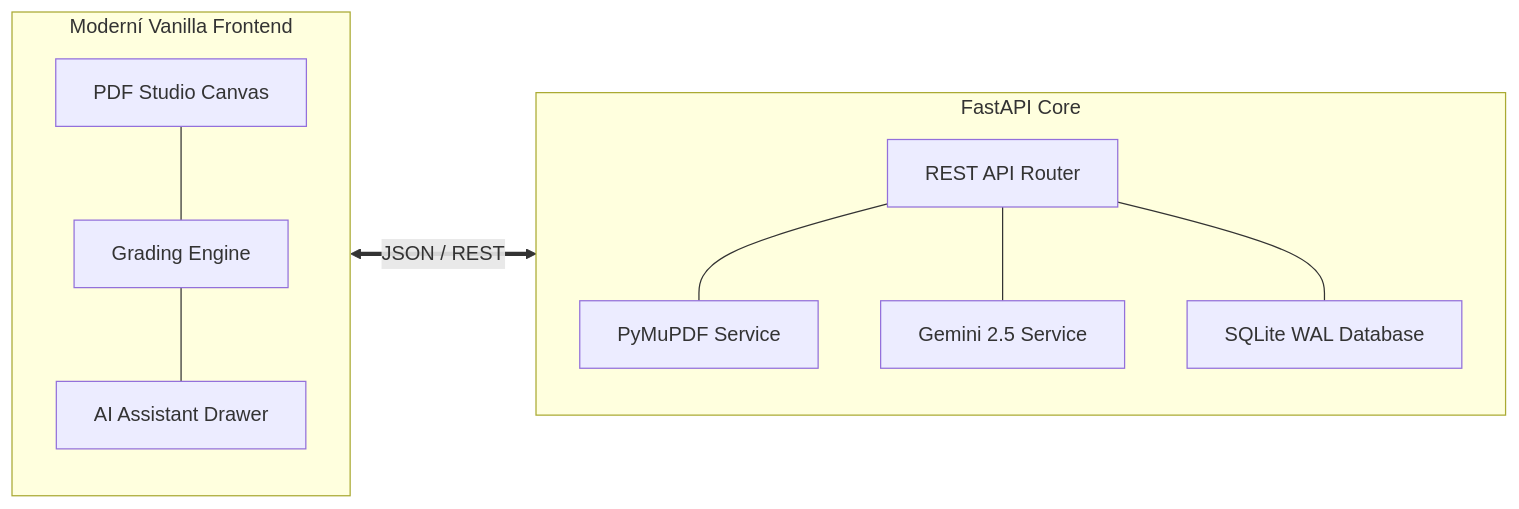
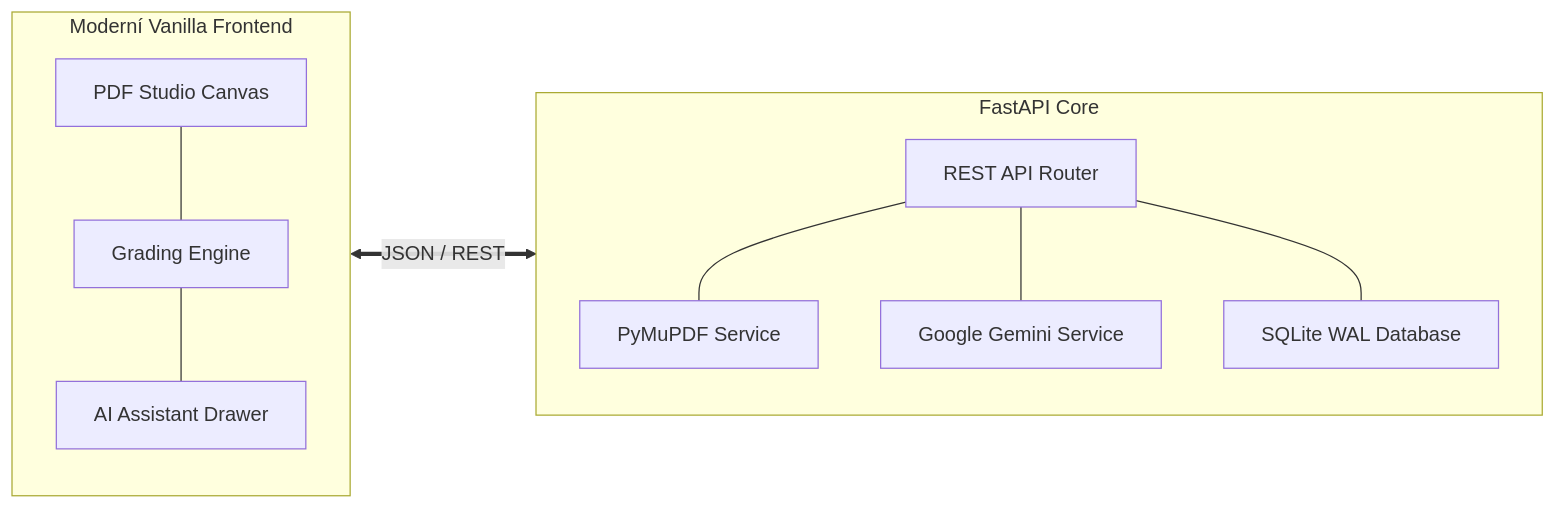
The diagram in docs/index.md (TheLittleRock/Praktika), drawn with Mermaid before and after one commit. The commit also changed 14 other files, not shown here.

````diff
--- a/docs/index.md
+++ b/docs/index.md
@@ -133,15 +133,15 @@
 ```mermaid
 graph LR
     subgraph Frontend ["Moderní Vanilla Frontend"]
         A[PDF Studio Canvas] --- B[Grading Engine]
         B --- C[AI Assistant Drawer]
     end
 
     subgraph Backend ["FastAPI Core"]
         D[REST API Router] --- E[PyMuPDF Service]
-        D --- F[Gemini 2.5 Service]
+        D --- F[Google Gemini Service]
         D --- G[SQLite WAL Database]
     end
 
     Frontend <==>|JSON / REST| Backend
 ```
````
